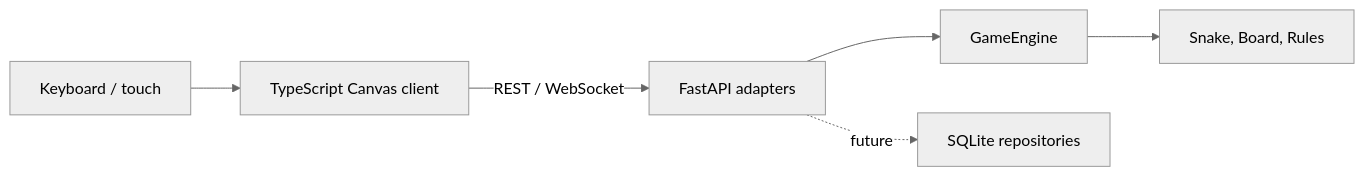
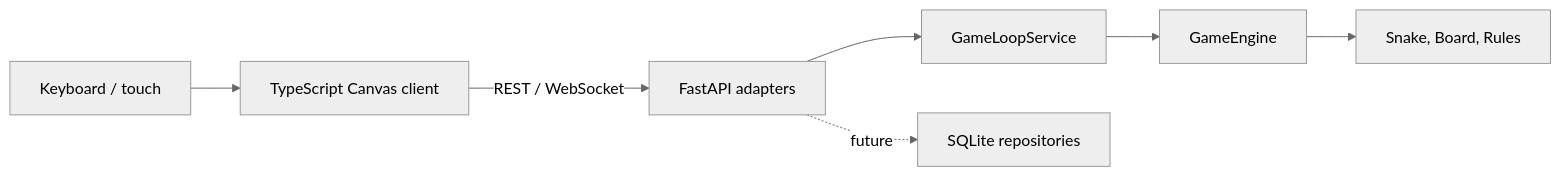
Before and after one commit to ddeveloper72/classic-snake-byte: the diagram in docs/architecture/overview.md, drawn with Mermaid (neutral theme). The commit also changed other lines of this file and 10 other files, not shown here.

````diff
--- a/docs/architecture/overview.md
+++ b/docs/architecture/overview.md
@@ -8,8 +8,9 @@
 ```mermaid
 flowchart LR
     Input[Keyboard / touch] --> Browser[TypeScript Canvas client]
     Browser -->|REST / WebSocket| API[FastAPI adapters]
-    API --> Engine[GameEngine]
+    API --> Loop[GameLoopService]
+    Loop --> Engine[GameEngine]
     Engine --> Domain[Snake, Board, Rules]
     API -. future .-> Repository[SQLite repositories]
 ```
````
